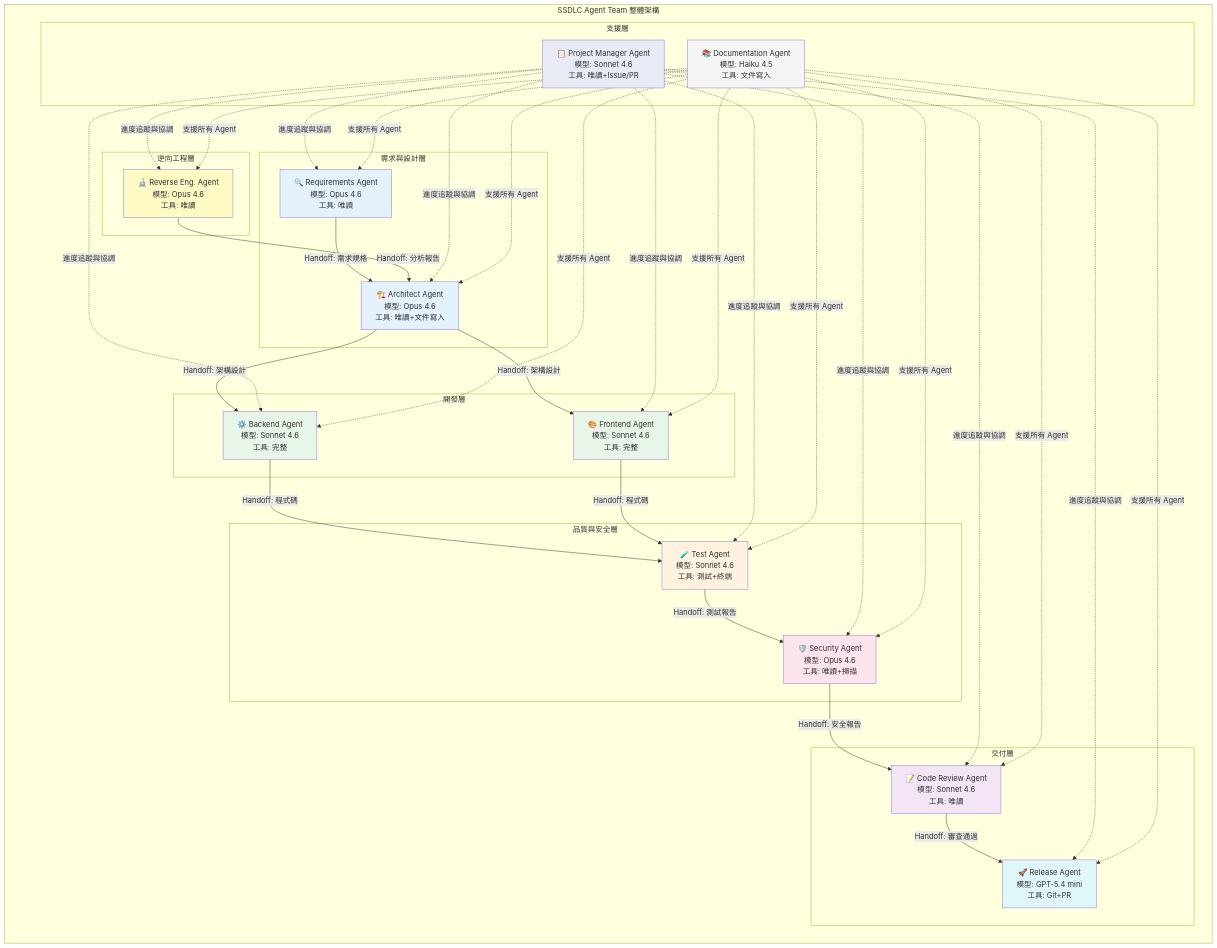
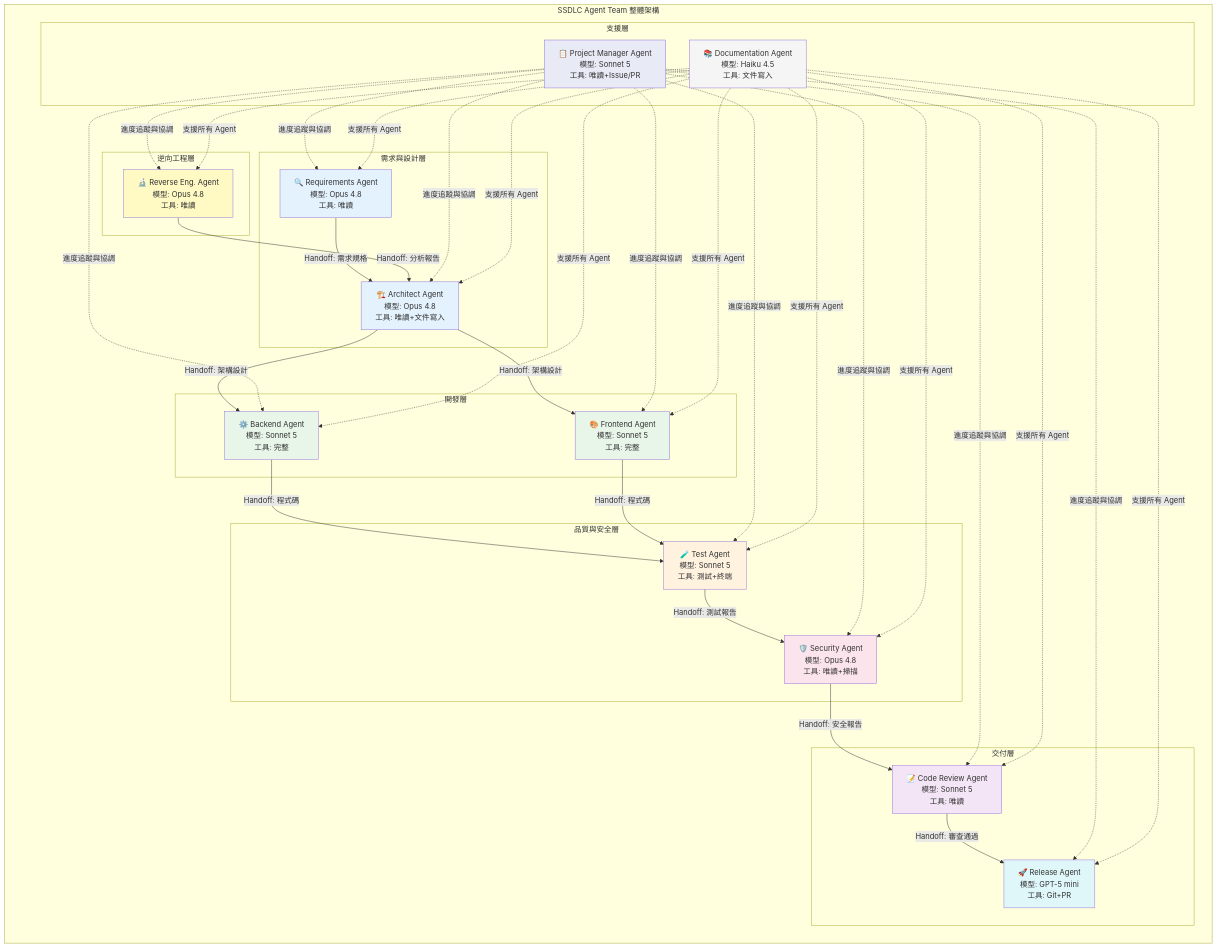
The second of 15 diagrams in content/posts/教學/AI開發/GitHub Copilot 建立 SSDLC Agent Team 教學手冊.md (chihhung/Blog), drawn with Mermaid before and after one commit. The commit also changed other lines of this file and 4 other files, not shown here.

````diff
--- a/content/posts/教學/AI開發/GitHub Copilot 建立 SSDLC Agent Team 教學手冊.md
+++ b/content/posts/教學/AI開發/GitHub Copilot 建立 SSDLC Agent Team 教學手冊.md
@@ -612,60 +648,60 @@
 ```mermaid
 graph TB
     subgraph "SSDLC Agent Team 整體架構"
         direction TB
 
         subgraph "需求與設計層"
-            REQ["🔍 Requirements Agent<br/>模型: Opus 4.6<br/>工具: 唯讀"]
-            ARCH["🏗️ Architect Agent<br/>模型: Opus 4.6<br/>工具: 唯讀+文件寫入"]
+            REQ["🔍 Requirements Agent<br/>模型: Opus 4.8<br/>工具: 唯讀"]
+            ARCH["🏗️ Architect Agent<br/>模型: Opus 4.8<br/>工具: 唯讀+文件寫入"]
         end
 
         subgraph "開發層"
-            BE["⚙️ Backend Agent<br/>模型: Sonnet 4.6<br/>工具: 完整"]
-            FE["🎨 Frontend Agent<br/>模型: Sonnet 4.6<br/>工具: 完整"]
+            BE["⚙️ Backend Agent<br/>模型: Sonnet 5<br/>工具: 完整"]
+            FE["🎨 Frontend Agent<br/>模型: Sonnet 5<br/>工具: 完整"]
         end
 
         subgraph "品質與安全層"
-            TEST["🧪 Test Agent<br/>模型: Sonnet 4.6<br/>工具: 測試+終端"]
-            SEC["🛡️ Security Agent<br/>模型: Opus 4.6<br/>工具: 唯讀+掃描"]
+            TEST["🧪 Test Agent<br/>模型: Sonnet 5<br/>工具: 測試+終端"]
+            SEC["🛡️ Security Agent<br/>模型: Opus 4.8<br/>工具: 唯讀+掃描"]
         end
 
         subgraph "交付層"
-            CR["📝 Code Review Agent<br/>模型: Sonnet 4.6<br/>工具: 唯讀"]
-            REL["🚀 Release Agent<br/>模型: GPT-5.4 mini<br/>工具: Git+PR"]
+            CR["📝 Code Review Agent<br/>模型: Sonnet 5<br/>工具: 唯讀"]
+            REL["🚀 Release Agent<br/>模型: GPT-5 mini<br/>工具: Git+PR"]
         end
 
         subgraph "逆向工程層"
-            RE["🔬 Reverse Eng. Agent<br/>模型: Opus 4.6<br/>工具: 唯讀"]
+            RE["🔬 Reverse Eng. Agent<br/>模型: Opus 4.8<br/>工具: 唯讀"]
         end
 
         subgraph "支援層"
             DOC["📚 Documentation Agent<br/>模型: Haiku 4.5<br/>工具: 文件寫入"]
-            PM["📋 Project Manager Agent<br/>模型: Sonnet 4.6<br/>工具: 唯讀+Issue/PR"]
+            PM["📋 Project Manager Agent<br/>模型: Sonnet 5<br/>工具: 唯讀+Issue/PR"]
         end
     end
 
     REQ -->|"Handoff: 需求規格"| ARCH
     ARCH -->|"Handoff: 架構設計"| BE
     ARCH -->|"Handoff: 架構設計"| FE
     BE -->|"Handoff: 程式碼"| TEST
     FE -->|"Handoff: 程式碼"| TEST
     TEST -->|"Handoff: 測試報告"| SEC
     SEC -->|"Handoff: 安全報告"| CR
     CR -->|"Handoff: 審查通過"| REL
     RE -->|"Handoff: 分析報告"| ARCH
 
     PM -.->|"進度追蹤與協調"| REQ & ARCH & BE & FE & TEST & SEC & CR & REL & RE
     DOC -.->|"支援所有 Agent"| REQ & ARCH & BE & FE & TEST & SEC & CR & REL & RE
 
     style REQ fill:#e3f2fd
     style ARCH fill:#e3f2fd
     style BE fill:#e8f5e9
     style FE fill:#e8f5e9
     style TEST fill:#fff3e0
     style SEC fill:#fce4ec
     style CR fill:#f3e5f5
     style REL fill:#e0f7fa
     style RE fill:#fff9c4
     style DOC fill:#f5f5f5
     style PM fill:#e8eaf6
 ```
````
